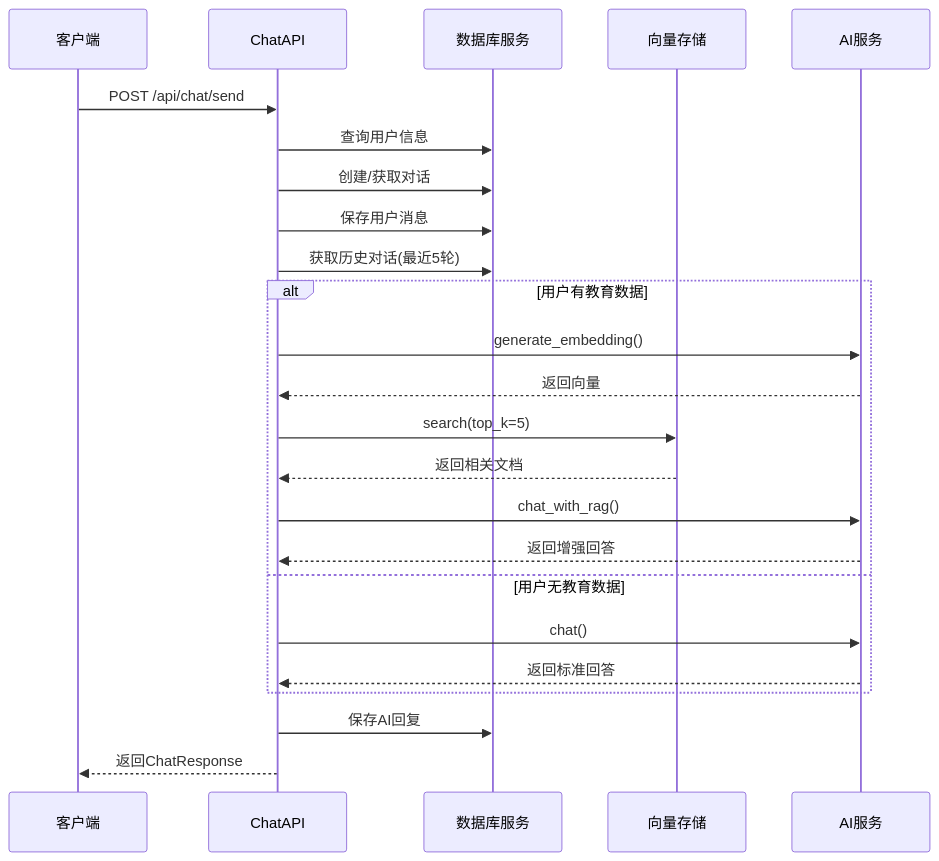
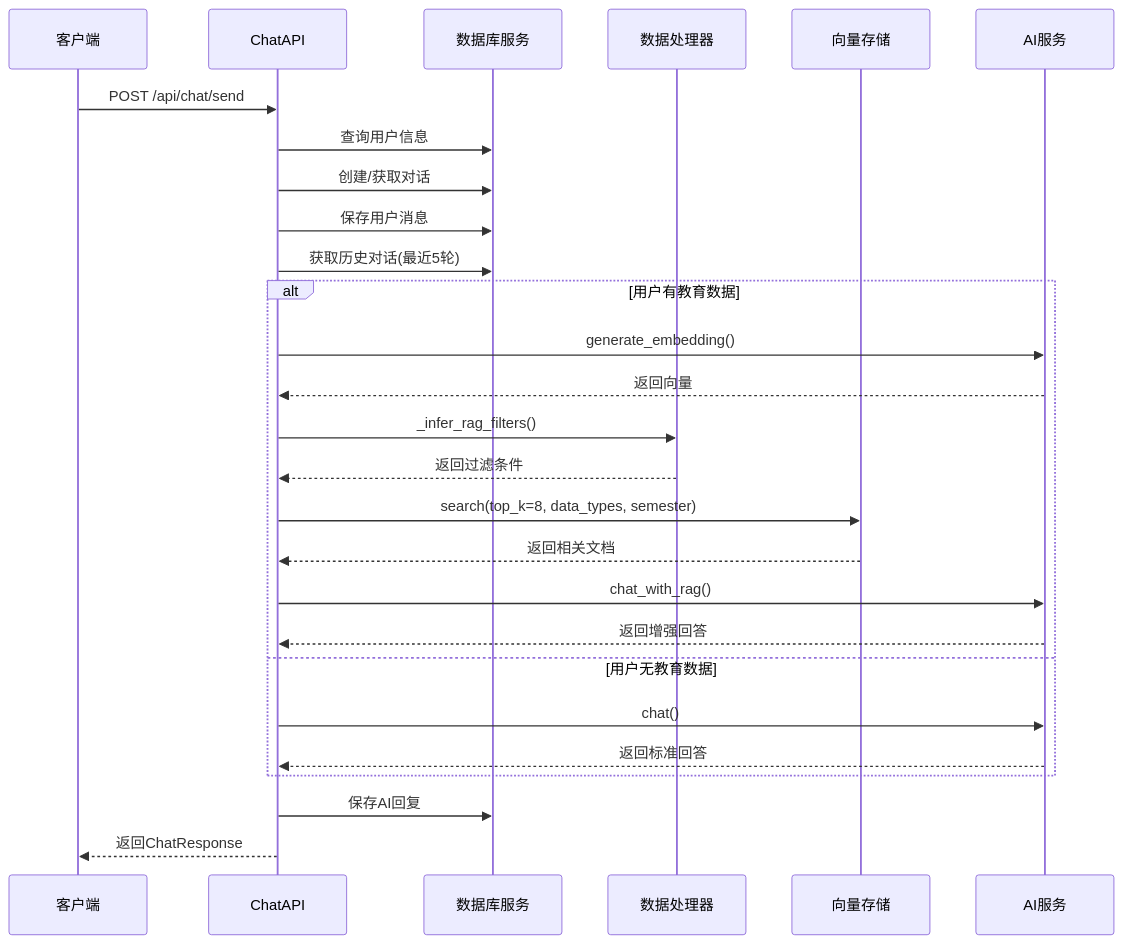
One commit to ghbbn053-ship-itsoulddog/soulddog changed the tenth of 22 diagrams in .qoder/repowiki/zh/content/AI智能问答系统/RAG架构设计.md. Above: the diagram before and after it, drawn with Mermaid. The commit also changed other lines of this file and 119 other files, not shown here.

````diff
--- a/.qoder/repowiki/zh/content/AI智能问答系统/RAG架构设计.md
+++ b/.qoder/repowiki/zh/content/AI智能问答系统/RAG架构设计.md
@@ -374,26 +388,29 @@
 ```mermaid
 sequenceDiagram
 participant Client as 客户端
 participant API as ChatAPI
 participant DB as 数据库服务
+participant DP as 数据处理器
 participant VS as 向量存储
 participant QWEN as AI服务
 Client->>API : POST /api/chat/send
 API->>DB : 查询用户信息
 API->>DB : 创建/获取对话
 API->>DB : 保存用户消息
 API->>DB : 获取历史对话(最近5轮)
 alt 用户有教育数据
 API->>QWEN : generate_embedding()
 QWEN-->>API : 返回向量
-API->>VS : search(top_k=5)
+API->>DP : _infer_rag_filters()
+DP-->>API : 返回过滤条件
+API->>VS : search(top_k=8, data_types, semester)
 VS-->>API : 返回相关文档
 API->>QWEN : chat_with_rag()
 QWEN-->>API : 返回增强回答
 else 用户无教育数据
 API->>QWEN : chat()
 QWEN-->>API : 返回标准回答
 end
 API->>DB : 保存AI回复
 API-->>Client : 返回ChatResponse
 ```
````
